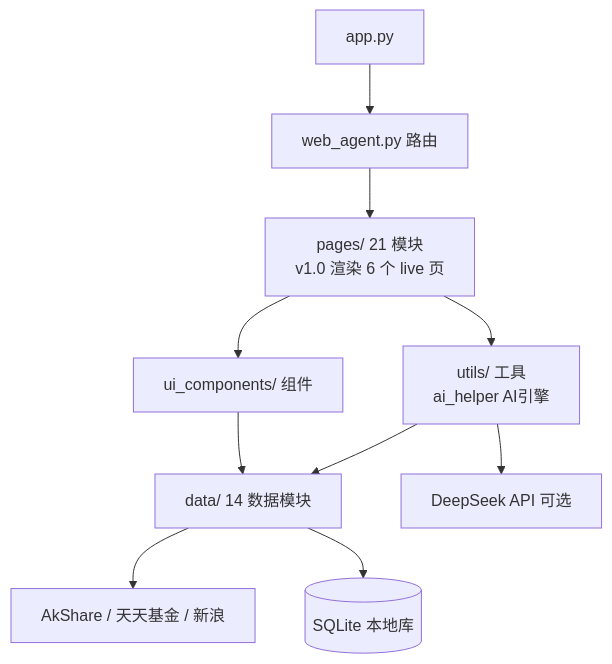
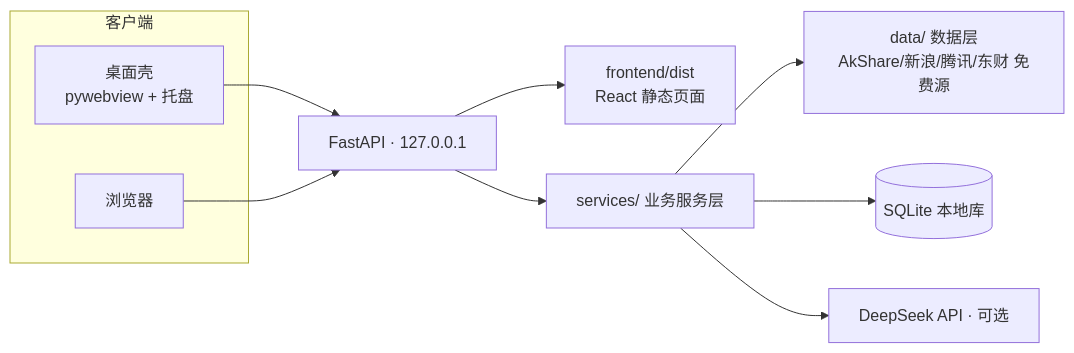
Before and after one commit to cx-ssg/invest-concierge: the diagram in README.md, drawn with Mermaid. The commit also changed other lines of this file and 2 other files, not shown here.

````diff
--- a/README.md
+++ b/README.md
@@ -68,12 +115,14 @@
 ```mermaid
-flowchart TD
-    A[app.py] --> B[web_agent.py 路由]
-    B --> C[pages/ 21 模块<br/>v1.0 渲染 6 个 live 页]
-    C --> D[ui_components/ 组件]
-    C --> E[utils/ 工具<br/>ai_helper AI引擎]
-    D --> F[data/ 14 数据模块]
-    E --> F
-    F --> G[AkShare / 天天基金 / 新浪]
-    F --> H[(SQLite 本地库)]
-    E --> I[DeepSeek API 可选]
+flowchart LR
+    subgraph 客户端
+      A[桌面壳<br/>pywebview + 托盘]
+      B[浏览器]
+    end
+    A --> C[FastAPI · 127.0.0.1]
+    B --> C
+    C --> H[frontend/dist<br/>React 静态页面]
+    C --> D[services/ 业务服务层]
+    D --> E[data/ 数据层<br/>AkShare/新浪/腾讯/东财 免费源]
+    D --> F[(SQLite 本地库)]
+    D --> G[DeepSeek API · 可选]
 ```
````
